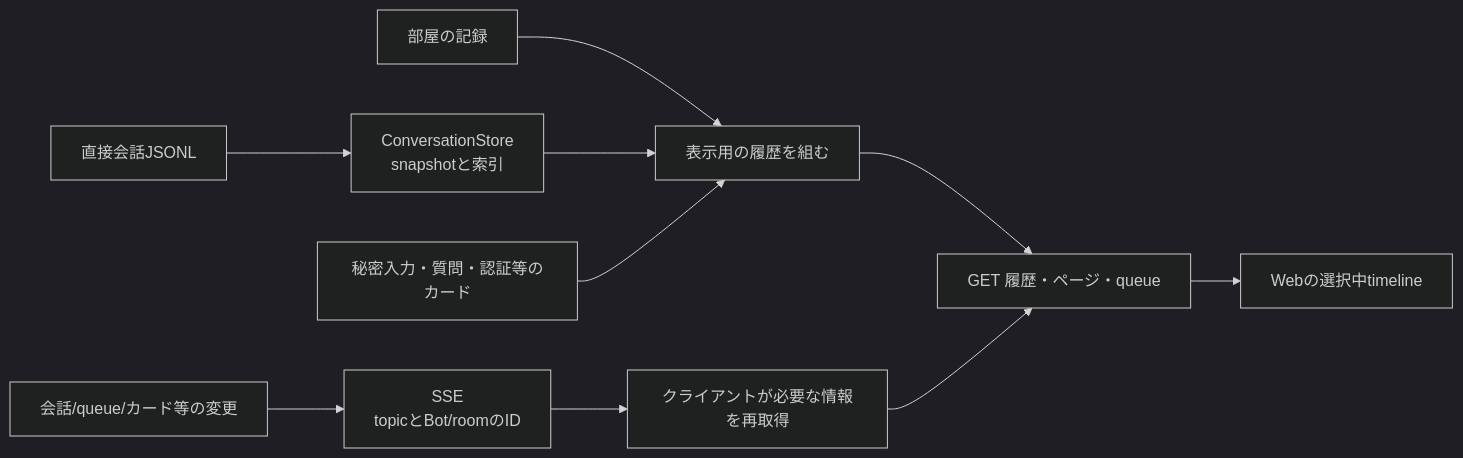
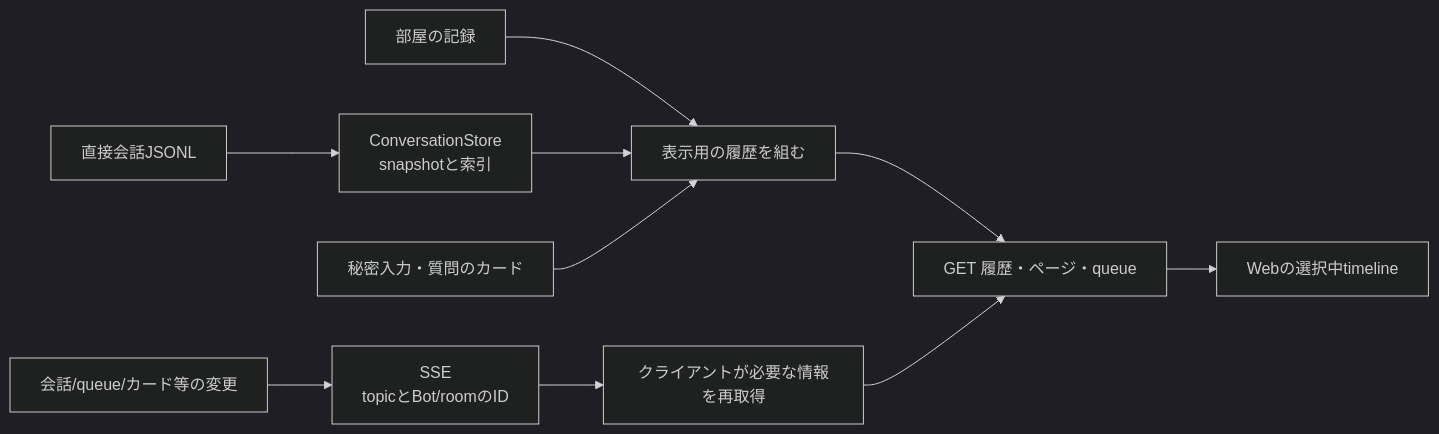
The fourth of 4 diagrams in docs/architecture/conversation-flow.md (kitepon/BellTeam), drawn with Mermaid (dark theme) before and after one commit. The commit also changed other lines of this file and 18 other files, not shown here.

````diff
--- a/docs/architecture/conversation-flow.md
+++ b/docs/architecture/conversation-flow.md
@@ -90,12 +90,12 @@
 ```mermaid
 flowchart LR
   Direct["直接会話JSONL"] --> Store["ConversationStore<br/>snapshotと索引"]
   Room["部屋の記録"] --> Views["表示用の履歴を組む"]
   Store --> Views
-  Cards["秘密入力・質問・認証等のカード"] --> Views
+  Cards["秘密入力・質問のカード"] --> Views
   Views --> HTTP["GET 履歴・ページ・queue"]
   HTTP --> Web["Webの選択中timeline"]
   Changes["会話/queue/カード等の変更"] --> SSE["SSE<br/>topicとBot/roomのID"]
   SSE --> Refresh["クライアントが必要な情報を再取得"]
   Refresh --> HTTP
 ```
````
